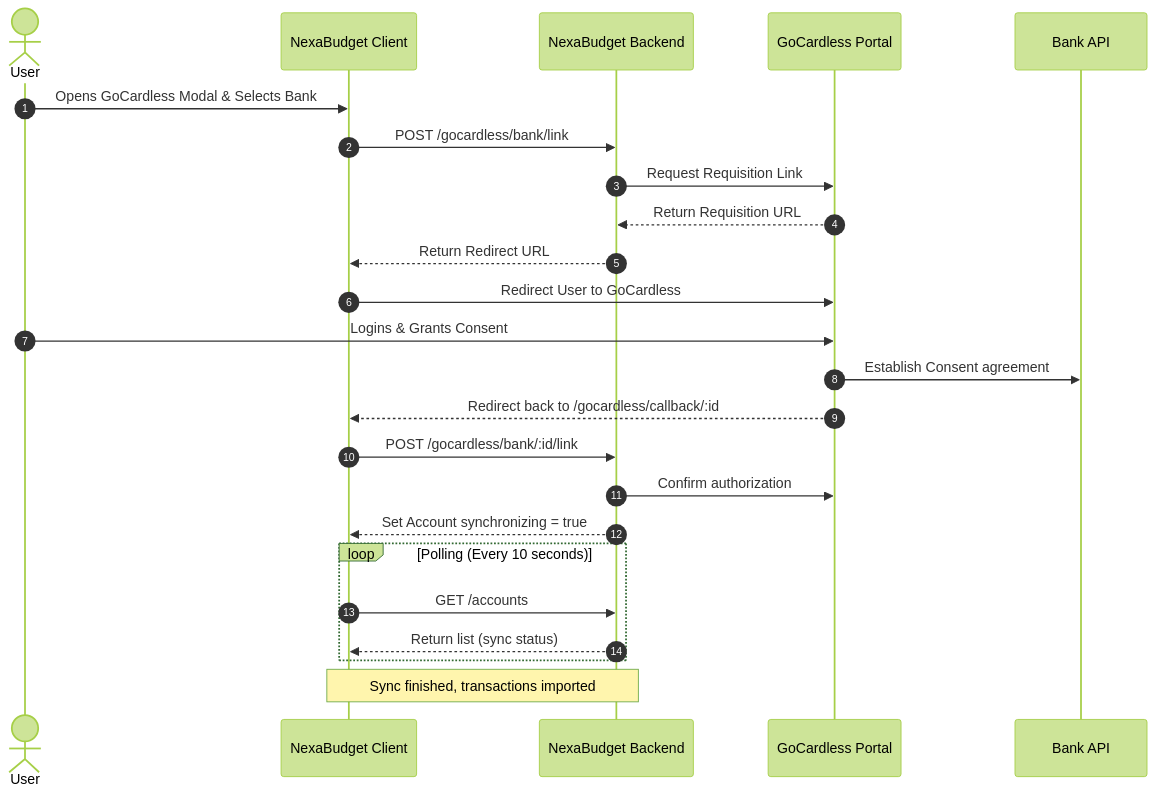
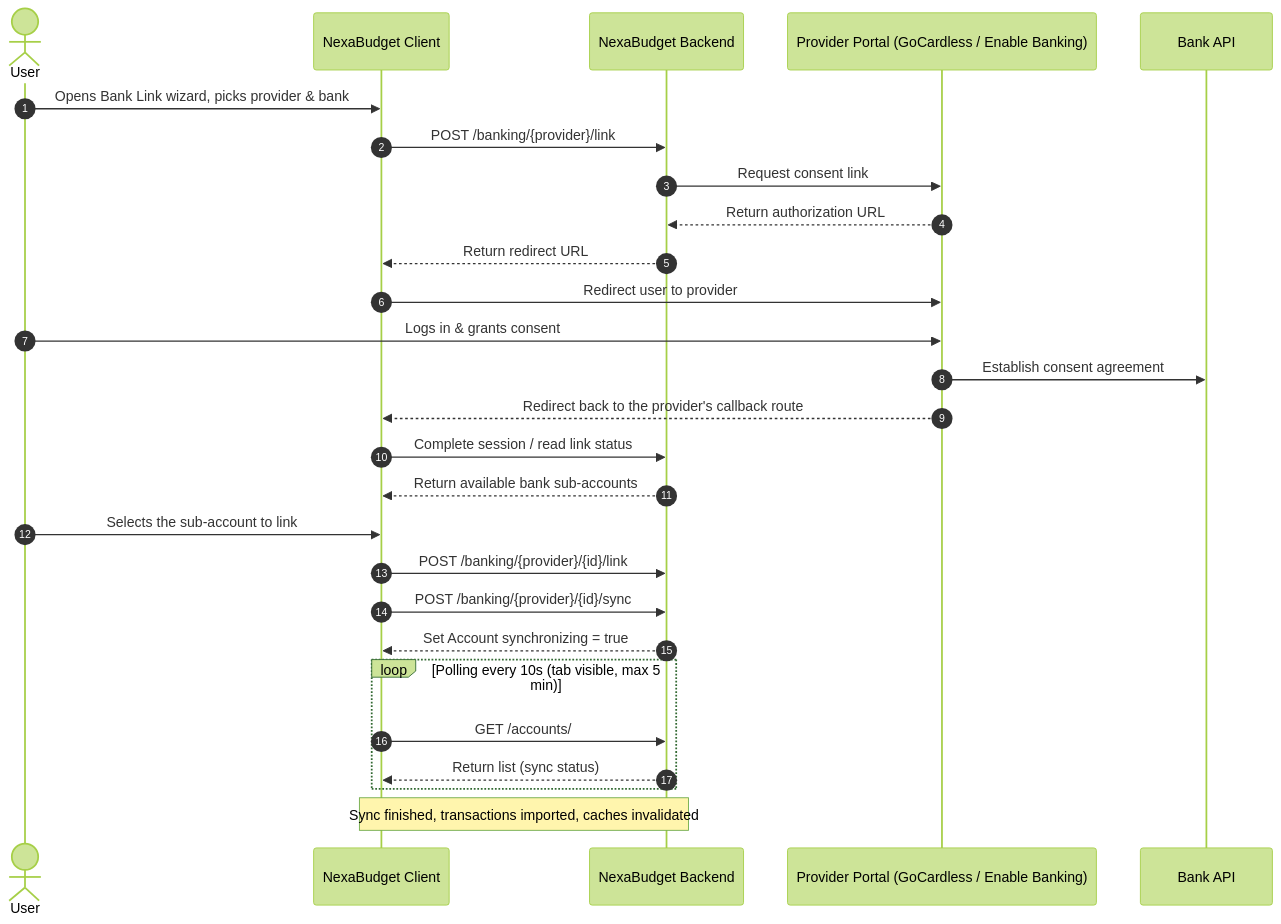
The first of 2 diagrams in docs/integrations.md (nico-iaco/nexabudget-fe), drawn with Mermaid (forest theme) before and after one commit. The commit also changed other lines of this file and 25 other files, not shown here.

````diff
--- a/docs/integrations.md
+++ b/docs/integrations.md
@@ -31,27 +50,30 @@
 ```mermaid
 sequenceDiagram
     autonumber
     actor User
     participant App as NexaBudget Client
     participant BE as NexaBudget Backend
-    participant GC as GoCardless Portal
+    participant P as Provider Portal (GoCardless / Enable Banking)
     participant Bank as Bank API
 
-    User->>App: Opens GoCardless Modal & Selects Bank
-    App->>BE: POST /gocardless/bank/link
-    BE->>GC: Request Requisition Link
-    GC-->>BE: Return Requisition URL
-    BE-->>App: Return Redirect URL
-    App->>GC: Redirect User to GoCardless
-    User->>GC: Logins & Grants Consent
-    GC->>Bank: Establish Consent agreement
-    GC-->>App: Redirect back to /gocardless/callback/:id
-    App->>BE: POST /gocardless/bank/:id/link
-    BE->>GC: Confirm authorization
+    User->>App: Opens Bank Link wizard, picks provider & bank
+    App->>BE: POST /banking/{provider}/link
+    BE->>P: Request consent link
+    P-->>BE: Return authorization URL
+    BE-->>App: Return redirect URL
+    App->>P: Redirect user to provider
+    User->>P: Logs in & grants consent
+    P->>Bank: Establish consent agreement
+    P-->>App: Redirect back to the provider's callback route
+    App->>BE: Complete session / read link status
+    BE-->>App: Return available bank sub-accounts
+    User->>App: Selects the sub-account to link
+    App->>BE: POST /banking/{provider}/{id}/link
+    App->>BE: POST /banking/{provider}/{id}/sync
     BE-->>App: Set Account synchronizing = true
-    loop Polling (Every 10 seconds)
-        App->>BE: GET /accounts
+    loop Polling every 10s (tab visible, max 5 min)
+        App->>BE: GET /accounts/
         BE-->>App: Return list (sync status)
     end
-    Note over App, BE: Sync finished, transactions imported
+    Note over App, BE: Sync finished, transactions imported, caches invalidated
 ```
````
